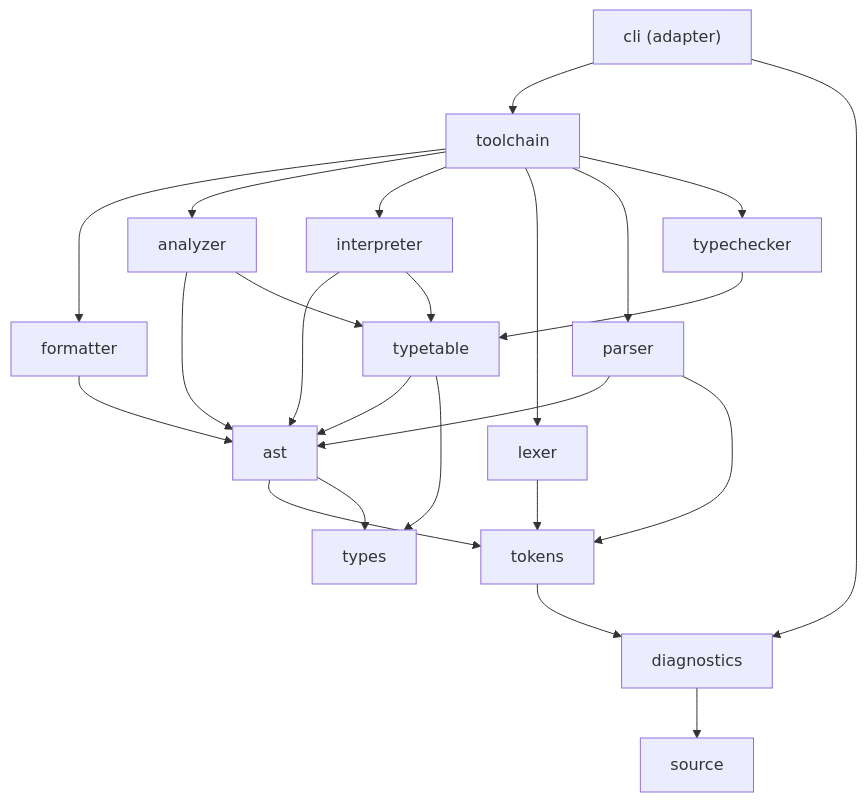
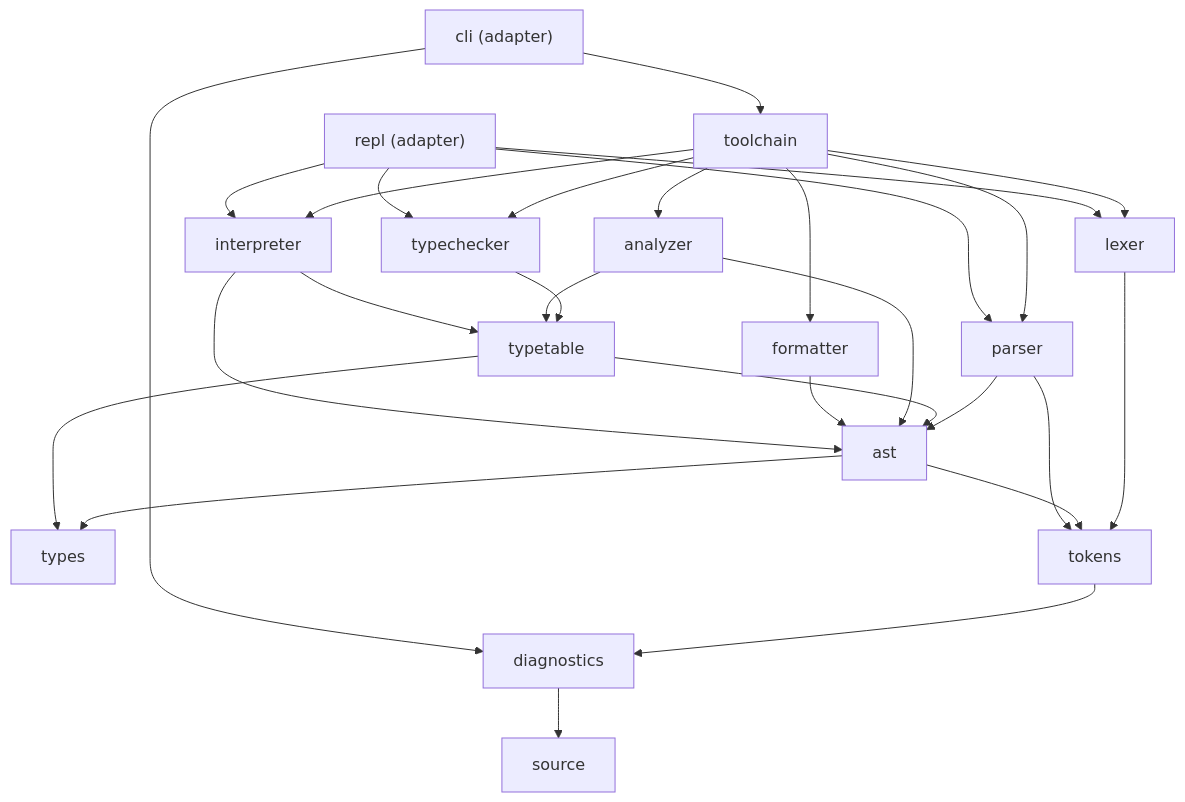
Before and after one commit to GarroteSantiago/printscript: the first of 3 diagrams in docs/architecture.md, drawn with Mermaid. The commit also changed other lines of this file and 10 other files, not shown here.

First line of the commit message:
feat(repl): add an interactive REPL adapter

````diff
--- a/docs/architecture.md
+++ b/docs/architecture.md
@@ -43,26 +50,30 @@
 ```mermaid
 graph TD
     cli["cli (adapter)"] --> toolchain
     cli --> diagnostics
+    repl["repl (adapter)"] --> lexer
+    repl --> parser
+    repl --> typechecker
+    repl --> interpreter
     toolchain --> formatter
     toolchain --> analyzer
     toolchain --> interpreter
     toolchain --> lexer
     toolchain --> parser
     toolchain --> typechecker
     interpreter --> ast
     interpreter --> typetable
     formatter --> ast
     analyzer --> ast
     analyzer --> typetable
     typechecker --> typetable
     typetable --> ast
     typetable --> types
     parser --> ast
     parser --> tokens
     ast --> tokens
     ast --> types
     lexer --> tokens
     tokens --> diagnostics
     diagnostics --> source
 ```
````
